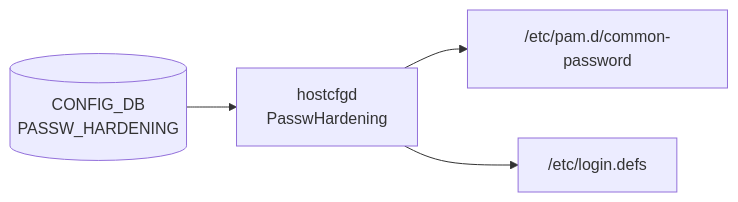
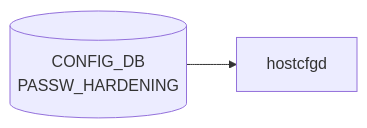
Before and after one commit to aoki-taquan/sonic-unofficial-docs: the diagram in docs/reference/config-db/passw-hardening.md, drawn with Mermaid. The commit also changed other lines of this file and 359 other files, not shown here.

````diff
--- a/docs/reference/config-db/passw-hardening.md
+++ b/docs/reference/config-db/passw-hardening.md
@@ -33,10 +33,6 @@
 ```mermaid
 flowchart LR
   CDB[("CONFIG_DB<br/>PASSW_HARDENING")]
-  DM["hostcfgd<br/>PasswHardening"]
-  PAM["/etc/pam.d/common-password"]
-  LOGIN["/etc/login.defs"]
+  DM["hostcfgd"]
   CDB --> DM
-  DM --> PAM
-  DM --> LOGIN
 ```
````
